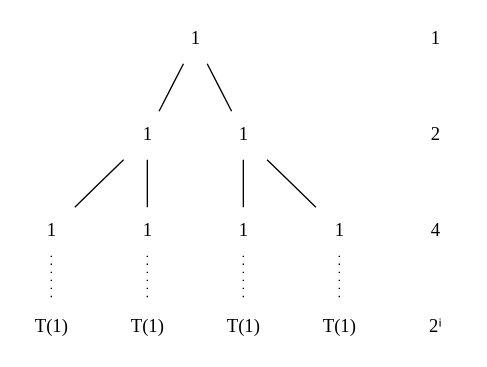
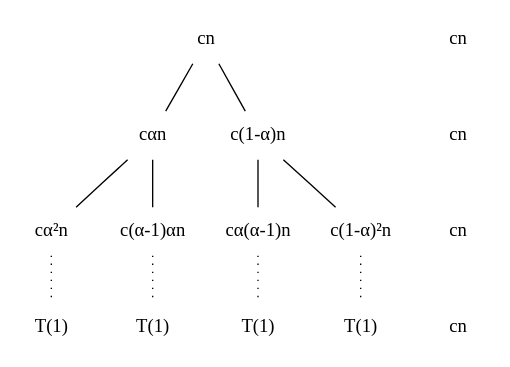
Before and after one commit to skanev/playground: the diagram in other/clrs/04/04/04.dot, drawn with Graphviz. The commit also changed 75 other files, not shown here.

```diff
--- a/other/clrs/04/04/04.dot
+++ b/other/clrs/04/04/04.dot
@@ -1,45 +1,39 @@
 digraph tree {
   node[shape=none, margin=0.0001];
   edge[dir=none];
 
   { rank=same;
-    a1[label="1"]
-    as[label="1"]
+    a1[label="cn"];
+    as[label="cn"];
   }
 
   { rank=same;
-    b1[label="1"]
-    b2[label="1"]
-    bs[label="2"]
+    b1[label="cαn"];
+    b2[label="c(1-α)n"];
+    bs[label="cn"];
   }
 
   { rank=same;
-    c1[label="1"]
-    c2[label="1"]
-    c3[label="1"]
-    c4[label="1"]
-    cs[label="4"]
+    c1[label="cα²n"];
+    c2[label="c(α-1)αn"];
+    c3[label="cα(α-1)n"];
+    c4[label="c(1-α)²n"];
+    cs[label="cn"];
   }
 
   { rank=same;
-    z1[label="T(1)"]
-    z2[label="T(1)"]
-    z3[label="T(1)"]
-    z4[label="T(1)"]
-    zs[label="2ⁱ"]
+    z1[label="T(1)"];
+    z2[label="T(1)"];
+    z3[label="T(1)"];
+    z4[label="T(1)"];
+    zs[label="cn"];
   }
 
   a1 -> b1; a1 -> b2;
 
   b1 -> c1; b1 -> c2;
   b2 -> c3; b2 -> c4;
 
-  { edge[style=dotted];
-    c1 -> z1; c2 -> z2;
-    c3 -> z3; c4 -> z4;
-  }
-
-  { edge[style=invis];
-    as -> bs -> cs -> zs;
-  }
+  { edge[style=dotted]; c1 -> z1; c2 -> z2; c3 -> z3; c4 -> z4; }
+  { edge[style=invis]; as -> bs -> cs -> zs; }
 }
```
